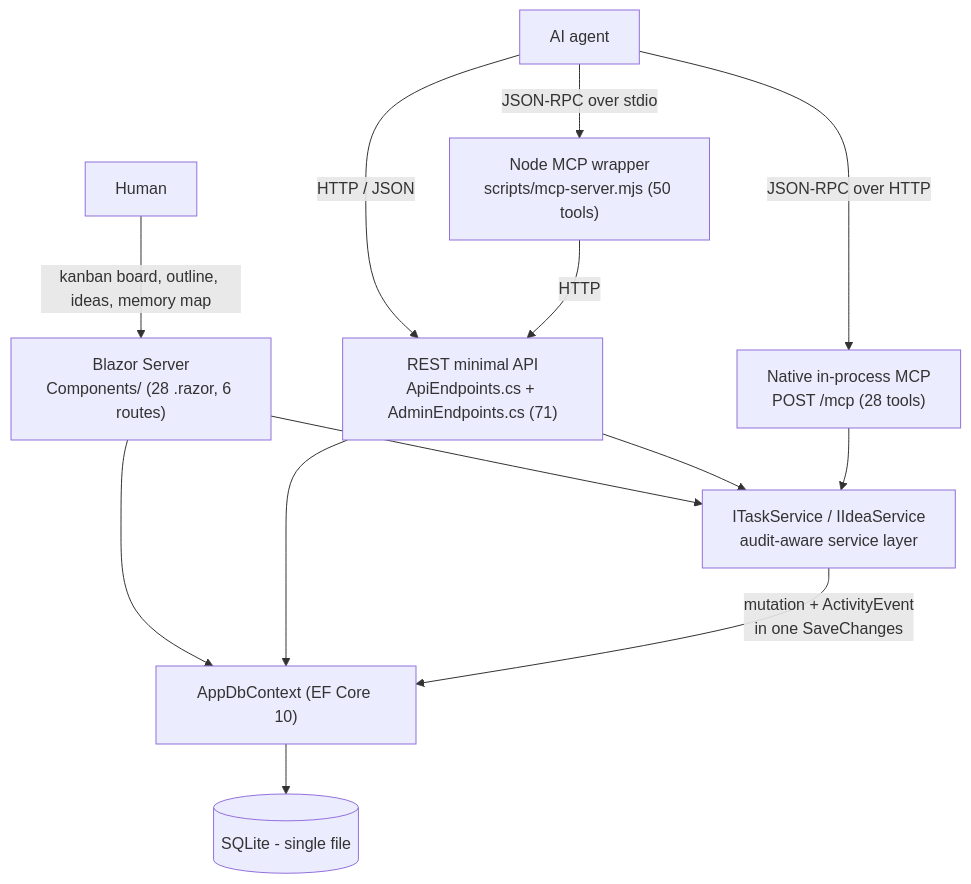
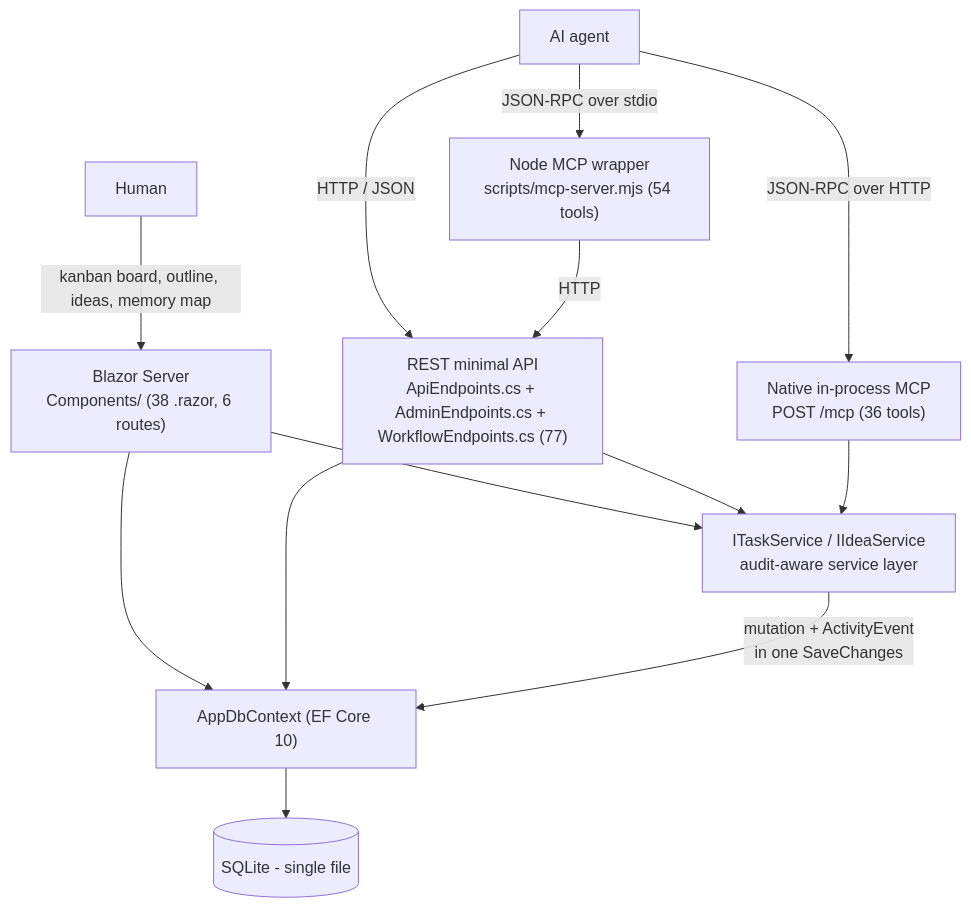
The first of 3 diagrams in docs/ARCHITECTURE.md (joelfuller2016/KanbanFlow-v2), drawn with Mermaid before and after one commit. The commit also changed other lines of this file and 149 other files, not shown here.

````diff
--- a/docs/ARCHITECTURE.md
+++ b/docs/ARCHITECTURE.md
@@ -35,17 +37,17 @@
 ```mermaid
 flowchart TD
-    H["Human"] -->|"kanban board, outline, ideas, memory map"| UI["Blazor Server<br/>Components/ (28 .razor, 6 routes)"]
-    A["AI agent"] -->|"JSON-RPC over stdio"| NODE["Node MCP wrapper<br/>scripts/mcp-server.mjs (50 tools)"]
-    A -->|"JSON-RPC over HTTP"| NATIVE["Native in-process MCP<br/>POST /mcp (28 tools)"]
-    A -->|"HTTP / JSON"| REST["REST minimal API<br/>ApiEndpoints.cs + AdminEndpoints.cs (71)"]
+    H["Human"] -->|"kanban board, outline, ideas, memory map"| UI["Blazor Server<br/>Components/ (38 .razor, 6 routes)"]
+    A["AI agent"] -->|"JSON-RPC over stdio"| NODE["Node MCP wrapper<br/>scripts/mcp-server.mjs (54 tools)"]
+    A -->|"JSON-RPC over HTTP"| NATIVE["Native in-process MCP<br/>POST /mcp (36 tools)"]
+    A -->|"HTTP / JSON"| REST["REST minimal API<br/>ApiEndpoints.cs + AdminEndpoints.cs + WorkflowEndpoints.cs (77)"]
     NODE -->|"HTTP"| REST
 
     UI --> EF
     UI --> SVC
     REST --> EF
     REST --> SVC
     NATIVE --> SVC["ITaskService / IIdeaService<br/>audit-aware service layer"]
 
     SVC -->|"mutation + ActivityEvent<br/>in one SaveChanges"| EF["AppDbContext (EF Core 10)"]
     EF --> SQLITE[("SQLite - single file")]
 ```
````
